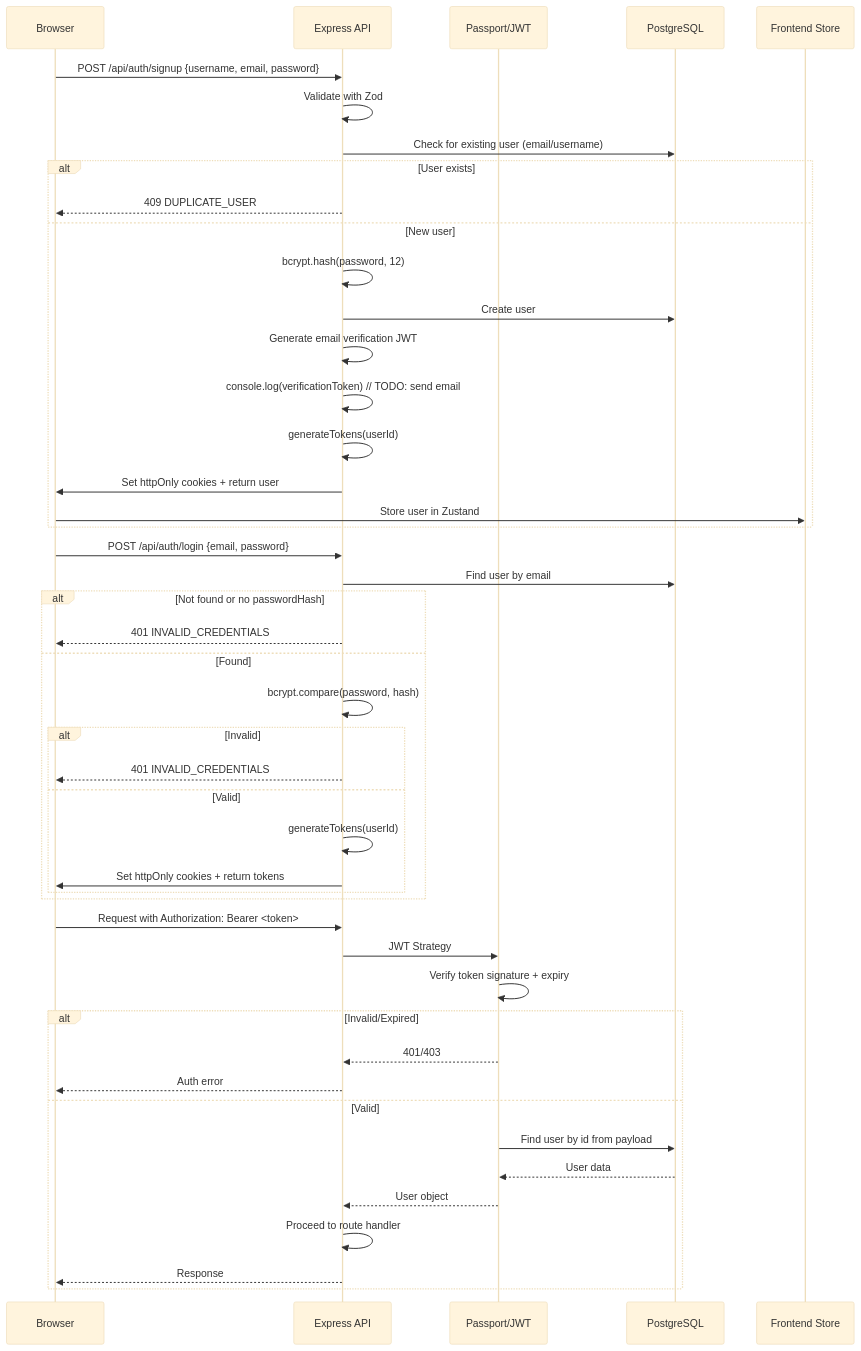
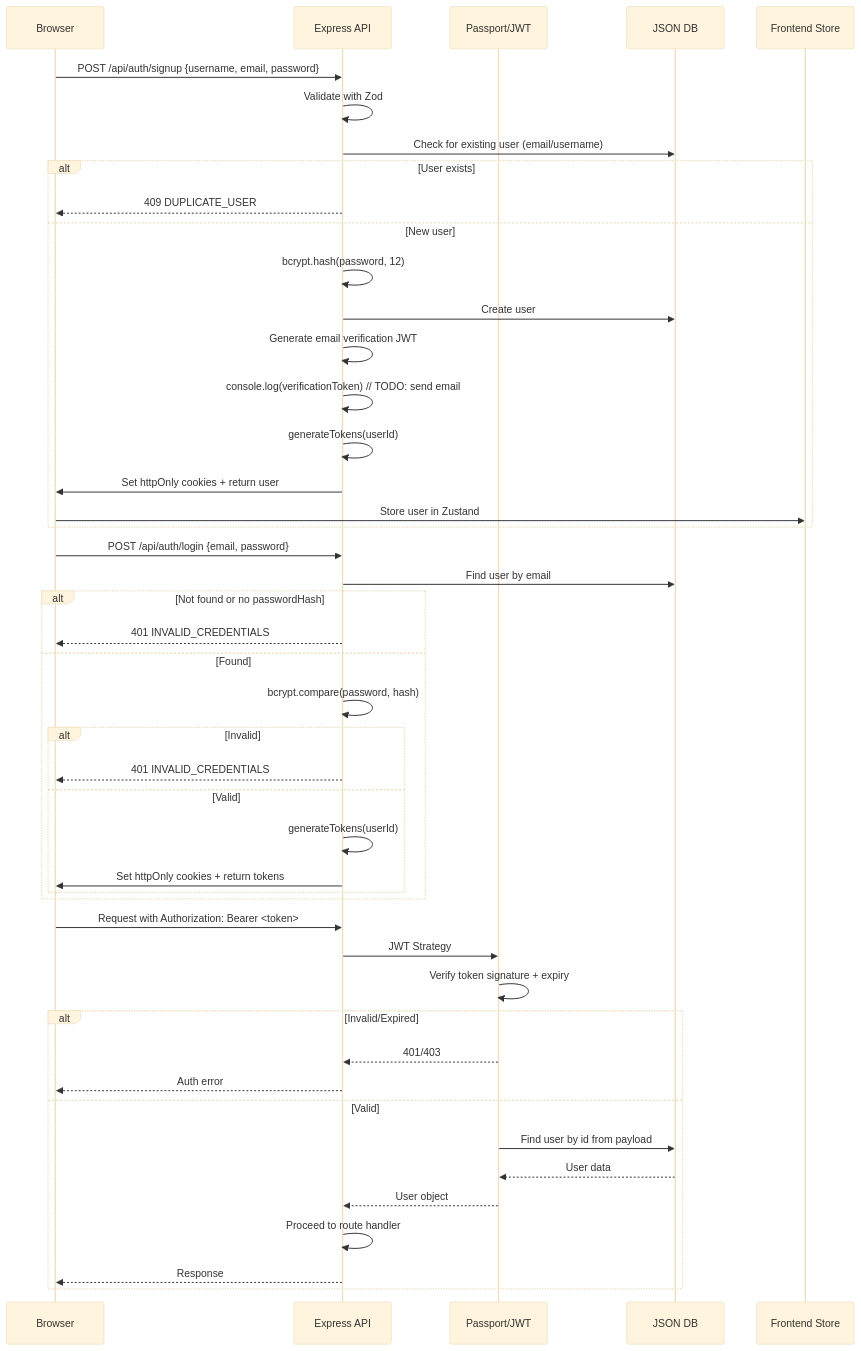
One commit to themanoj-025/Match-Mind changed the seventh of 8 diagrams in PROJECT_OVERVIEW.md. Above: the diagram before and after it, drawn with Mermaid (base theme). The commit also changed other lines of this file and 18 other files, not shown here.

````diff
--- a/PROJECT_OVERVIEW.md
+++ b/PROJECT_OVERVIEW.md
@@ -1659,54 +1639,54 @@
 ```mermaid
 sequenceDiagram
     participant User as Browser
     participant API as Express API
     participant Passport as Passport/JWT
-    participant DB as PostgreSQL
+    participant DB as JSON DB
     participant Client as Frontend Store
 
     %% Registration
     User->>API: POST /api/auth/signup {username, email, password}
     API->>API: Validate with Zod
     API->>DB: Check for existing user (email/username)
     alt User exists
         API-->>User: 409 DUPLICATE_USER
     else New user
         API->>API: bcrypt.hash(password, 12)
         API->>DB: Create user
         API->>API: Generate email verification JWT
         API->>API: console.log(verificationToken)  // TODO: send email
         API->>API: generateTokens(userId)
         API->>User: Set httpOnly cookies + return user
         User->>Client: Store user in Zustand
     end
 
     %% Login
     User->>API: POST /api/auth/login {email, password}
     API->>DB: Find user by email
     alt Not found or no passwordHash
         API-->>User: 401 INVALID_CREDENTIALS
     else Found
         API->>API: bcrypt.compare(password, hash)
         alt Invalid
             API-->>User: 401 INVALID_CREDENTIALS
         else Valid
             API->>API: generateTokens(userId)
             API->>User: Set httpOnly cookies + return tokens
         end
     end
 
     %% Authenticated Request
     User->>API: Request with Authorization: Bearer <token>
     API->>Passport: JWT Strategy
     Passport->>Passport: Verify token signature + expiry
     alt Invalid/Expired
         Passport-->>API: 401/403
         API-->>User: Auth error
     else Valid
         Passport->>DB: Find user by id from payload
         DB-->>Passport: User data
         Passport-->>API: User object
         API->>API: Proceed to route handler
         API-->>User: Response
     end
 ```
````
